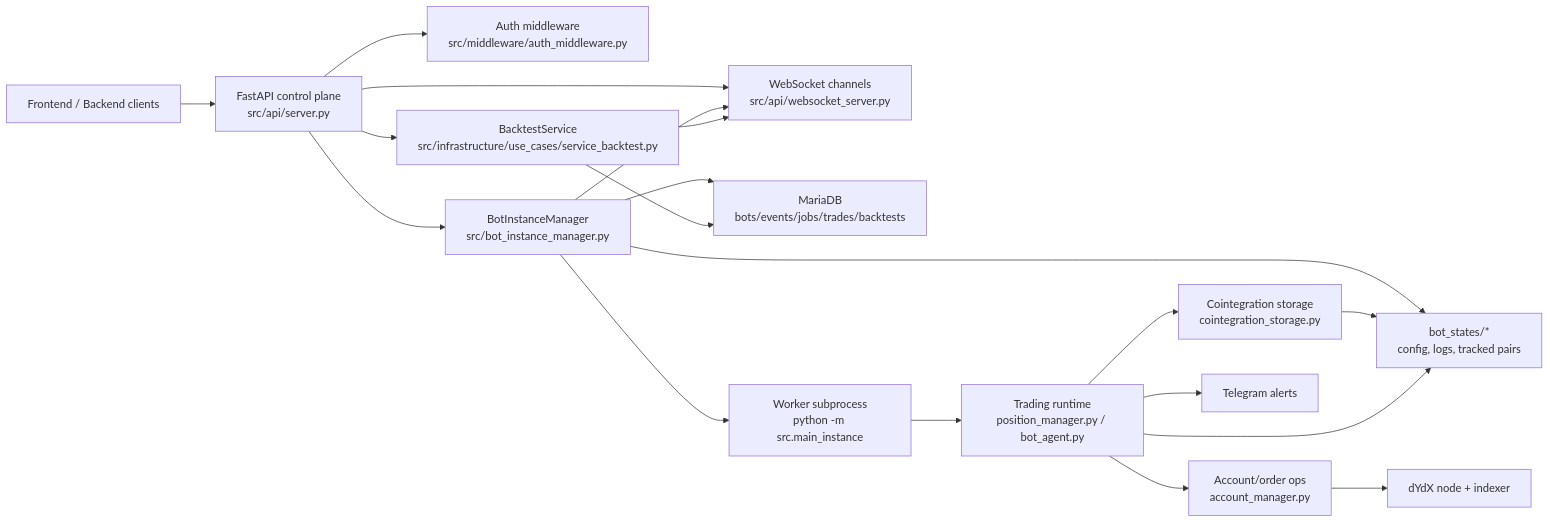
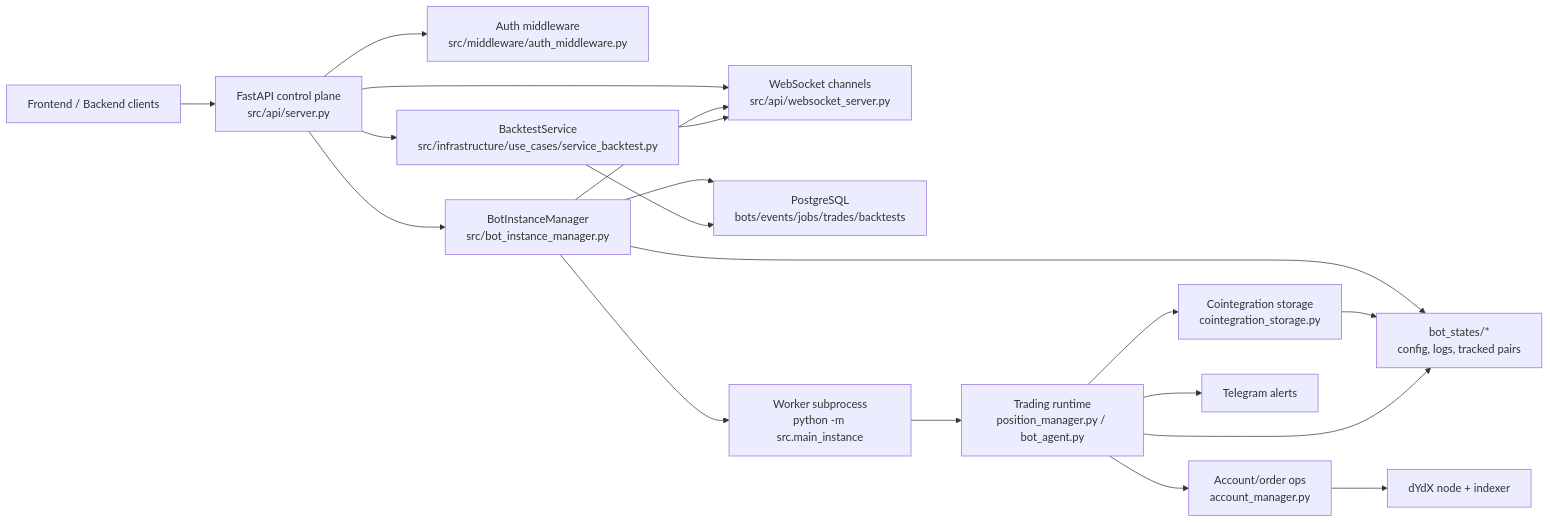
The first of 9 diagrams in bot/docs/BOT_FLOWS.md (cploutarchou/dydx-trading-bot), drawn with Mermaid before and after one commit. The commit also changed other lines of this file and 51 other files, not shown here.

Commit message:
feat: update infrastructure configuration for PostgreSQL and Valkey integration

````diff
--- a/bot/docs/BOT_FLOWS.md
+++ b/bot/docs/BOT_FLOWS.md
@@ -46,23 +46,23 @@
 ```mermaid
 flowchart LR
     Frontend["Frontend / Backend clients"] --> API["FastAPI control plane<br/>src/api/server.py"]
     API --> Auth["Auth middleware<br/>src/middleware/auth_middleware.py"]
     API --> Manager["BotInstanceManager<br/>src/bot_instance_manager.py"]
     API --> Backtests["BacktestService<br/>src/infrastructure/use_cases/service_backtest.py"]
     API --> WS["WebSocket channels<br/>src/api/websocket_server.py"]
 
-    Manager --> DB["MariaDB<br/>bots/events/jobs/trades/backtests"]
+    Manager --> DB["PostgreSQL<br/>bots/events/jobs/trades/backtests"]
     Manager --> StateFiles["bot_states/*<br/>config, logs, tracked pairs"]
     Manager --> Worker["Worker subprocess<br/>python -m src.main_instance"]
 
     Worker --> Runtime["Trading runtime<br/>position_manager.py / bot_agent.py"]
     Runtime --> AccountOps["Account/order ops<br/>account_manager.py"]
     Runtime --> Pairs["Cointegration storage<br/>cointegration_storage.py"]
     AccountOps --> Exchange["dYdX node + indexer"]
     Pairs --> StateFiles
     Runtime --> StateFiles
     Runtime --> Notify["Telegram alerts"]
     Manager --> WS
     Backtests --> DB
     Backtests --> WS
 ```
````
